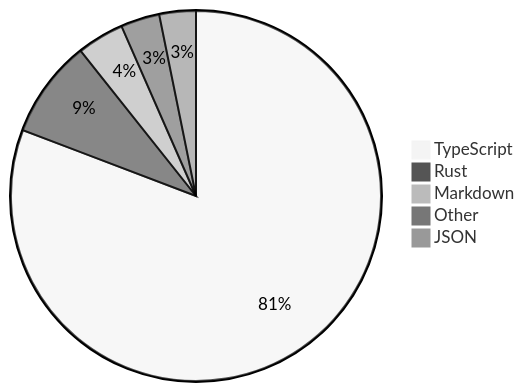
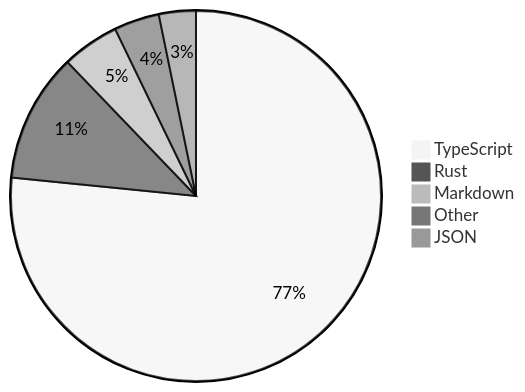
One commit to skvggor/skvggor changed the diagram in README.md. Above: the diagram before and after it, drawn with Mermaid (neutral theme).

Commit message:
Updated waka-readme graph with new metrics

````diff
--- a/README.md
+++ b/README.md
@@ -28,8 +28,8 @@
 ```mermaid
 pie
-    "TypeScript" : 78.6
-    "Rust" : 8.3
-    "Markdown" : 4.0
-    "Other" : 3.3
+    "TypeScript" : 73.6
+    "Rust" : 10.8
+    "Markdown" : 4.8
+    "Other" : 3.8
     "JSON" : 3.1
 ```
````
